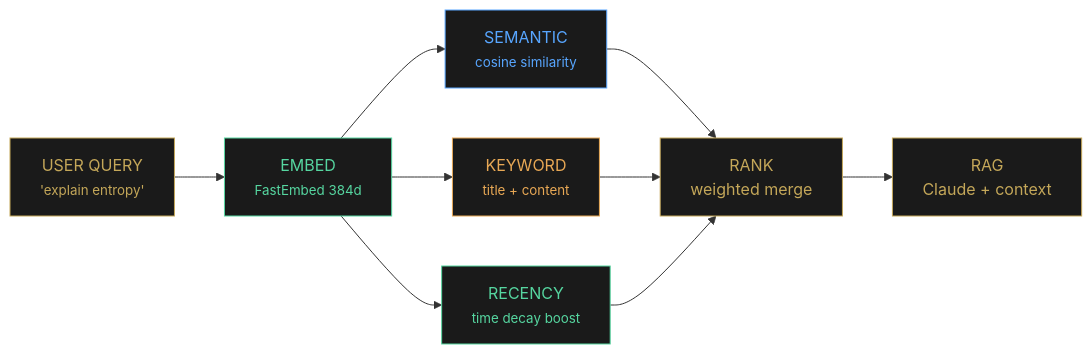
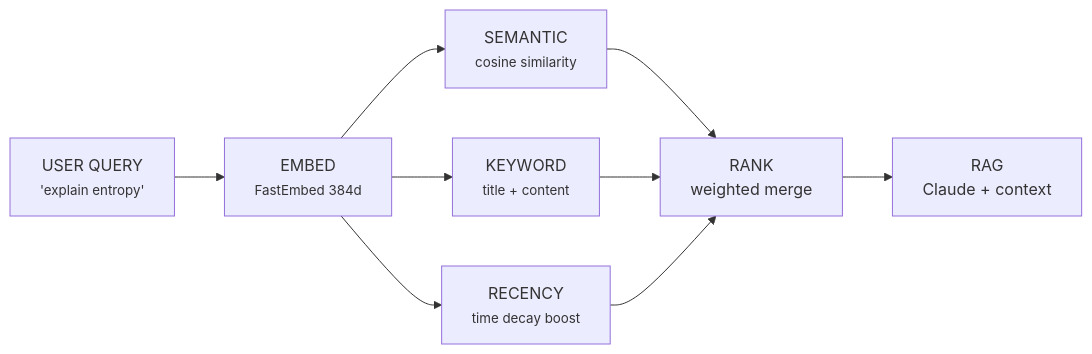
The fifth of 6 diagrams in content/blog/neuronic.md (hwang2409/hwang2409.github.io), drawn with Mermaid before and after one commit. The commit also changed other lines of this file and 12 other files, not shown here.

````diff
--- a/content/blog/neuronic.md
+++ b/content/blog/neuronic.md
@@ -218,22 +205,15 @@
 ```mermaid
 flowchart LR
     Q["USER QUERY<br/><small>'explain entropy'</small>"] --> EMB["EMBED<br/><small>FastEmbed 384d</small>"]
 
     EMB --> SEM["SEMANTIC<br/><small>cosine similarity</small>"]
     EMB --> KEY["KEYWORD<br/><small>title + content</small>"]
     EMB --> REC["RECENCY<br/><small>time decay boost</small>"]
 
     SEM --> RANK["RANK<br/>weighted merge"]
     KEY --> RANK
     REC --> RANK
 
     RANK --> RAG["RAG<br/>Claude + context"]
 
-    style Q fill:#1a1a1a,stroke:#c4a759,color:#c4a759
-    style EMB fill:#1a1a1a,stroke:#56d6a0,color:#56d6a0
-    style SEM fill:#1a1a1a,stroke:#58a6ff,color:#58a6ff
-    style KEY fill:#1a1a1a,stroke:#e8a855,color:#e8a855
-    style REC fill:#1a1a1a,stroke:#56d6a0,color:#56d6a0
-    style RANK fill:#1a1a1a,stroke:#c4a759,color:#c4a759
-    style RAG fill:#1a1a1a,stroke:#c4a759,color:#c4a759
 ```
````
